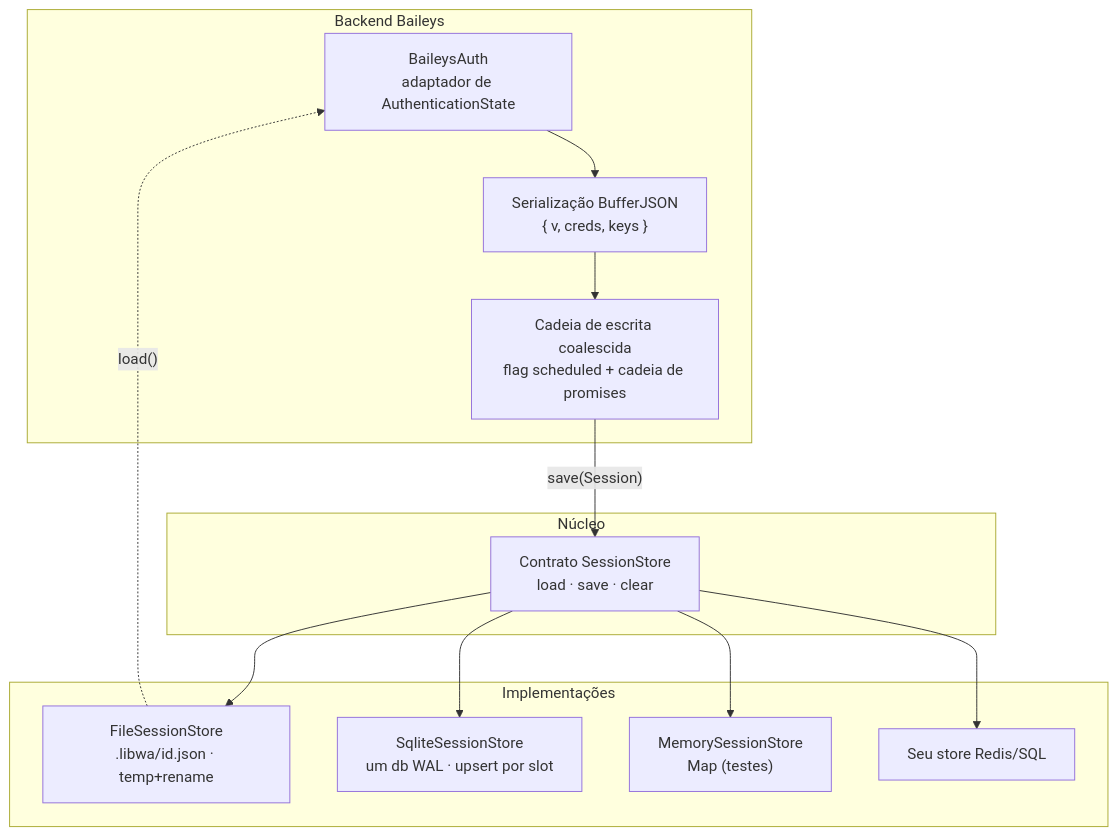
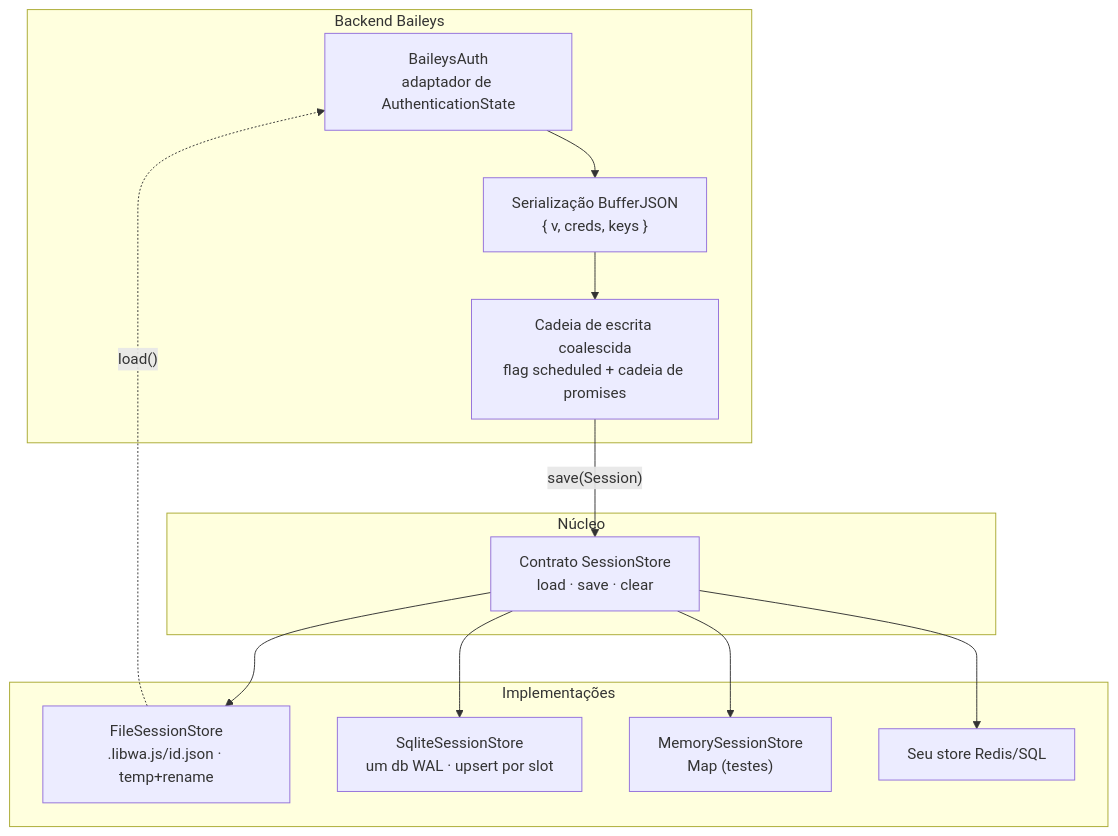
One commit to Gustavo10Destroyer/libwa-docs changed the first of 2 diagrams in pt-BR/architecture/sessions.md. Above: the diagram before and after it, drawn with Mermaid. The commit also changed other lines of this file and 82 other files, not shown here.

First line of the commit message:
docs: rename the site to libwa.js

````diff
--- a/pt-BR/architecture/sessions.md
+++ b/pt-BR/architecture/sessions.md
@@ -5,24 +5,24 @@
 ```mermaid
 flowchart TD
     subgraph Backend["Backend Baileys"]
         Auth["BaileysAuth<br/>adaptador de AuthenticationState"]
         Ser["Serialização BufferJSON<br/>{ v, creds, keys }"]
         Coalesce["Cadeia de escrita coalescida<br/>flag scheduled + cadeia de promises"]
     end
     subgraph Core["Núcleo"]
         SS["Contrato SessionStore<br/>load · save · clear"]
     end
     subgraph Stores["Implementações"]
-        FS["FileSessionStore<br/>.libwa/id.json · temp+rename"]
+        FS["FileSessionStore<br/>.libwa.js/id.json · temp+rename"]
         SQ["SqliteSessionStore<br/>um db WAL · upsert por slot"]
         MS["MemorySessionStore<br/>Map (testes)"]
         Custom["Seu store Redis/SQL"]
     end
     Auth --> Ser --> Coalesce
     Coalesce -->|"save(Session)"| SS
     SS --> FS
     SS --> SQ
     SS --> MS
     SS --> Custom
     FS -.->|"load()"| Auth
 ```
````
